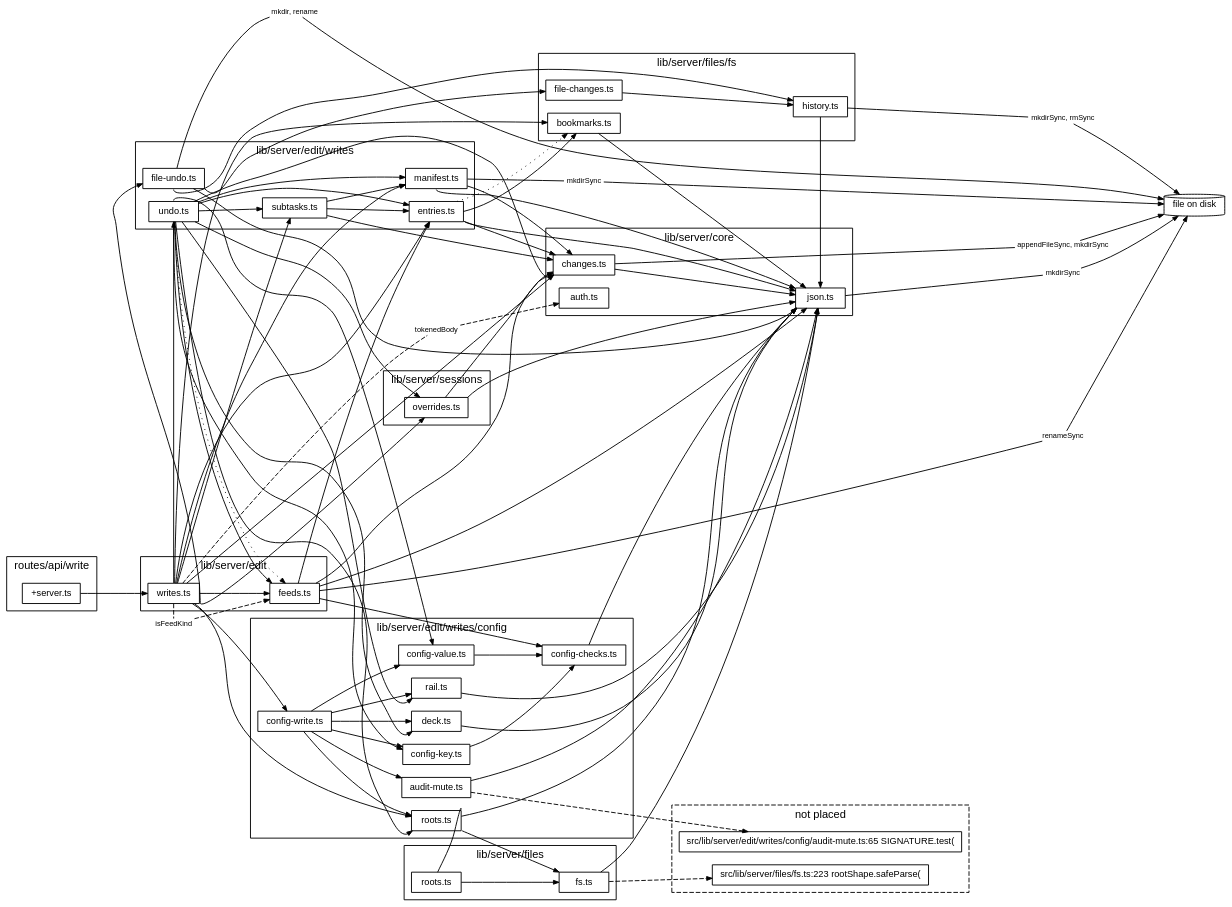
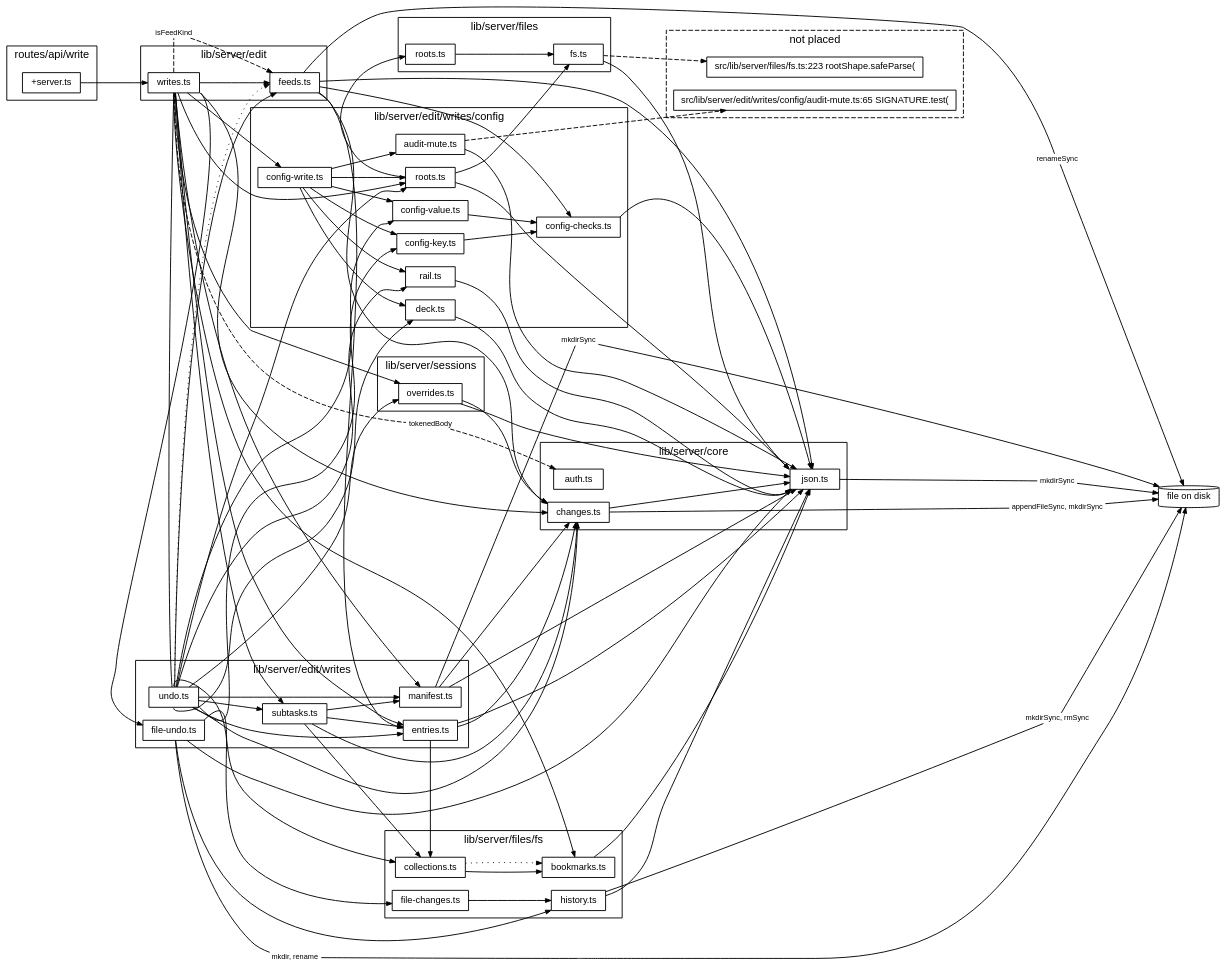
Before and after one commit to TheAxeC/oculus: the diagram in docs/diagrams/writes.dot, drawn with Graphviz. The commit also changed 112 other files, not shown here.

```diff
--- a/docs/diagrams/writes.dot
+++ b/docs/diagrams/writes.dot
@@ -40,6 +40,7 @@
     subgraph "cluster_lib/server/files/fs" {
         label="lib/server/files/fs"; style=solid;
         "lib/server/files/fs/bookmarks.ts" [label="bookmarks.ts"];
+        "lib/server/files/fs/collections.ts" [label="collections.ts"];
         "lib/server/files/fs/file-changes.ts" [label="file-changes.ts"];
         "lib/server/files/fs/history.ts" [label="history.ts"];
     }
@@ -74,7 +75,7 @@
     "lib/server/edit/writes.ts to lib/server/core/auth.ts (refuses)" [label="tokenedBody", shape=box, color="transparent", fontsize=8, width=0, height=0, margin="0.04,0.02"];
     "lib/server/edit/writes.ts" -> "lib/server/edit/writes.ts to lib/server/core/auth.ts (refuses)" [arrowhead=none, style=dashed];
     "lib/server/edit/writes.ts to lib/server/core/auth.ts (refuses)" -> "lib/server/core/auth.ts" [style=dashed];
-    "lib/server/edit/writes.ts" -> "lib/server/core/changes.ts" [headport=sw, tooltip="changeAt, defaultChangesPath, logChanges
+    "lib/server/edit/writes.ts" -> "lib/server/core/changes.ts" [tailport=se, tooltip="changeAt, defaultChangesPath, logChanges
 pathOf"];
     "lib/server/edit/writes.ts" -> "lib/server/edit/feeds.ts" [tooltip="addLead, addLinkedinIdea, addRadarEntry
 deleteFeedEntry, markLinkedinPosted, radarBucketKeys
@@ -90,12 +91,12 @@
     "lib/server/edit/writes.ts" -> "lib/server/edit/writes/manifest.ts" [tooltip="createIdea, writeManifest"];
     "lib/server/edit/writes.ts" -> "lib/server/edit/writes/subtasks.ts" [tooltip="careerRules, writeHost, writeSubtask
 writeSubtaskAdd"];
-    "lib/server/edit/writes.ts" -> "lib/server/edit/writes/undo.ts" [tooltip="undoChange"];
-    "lib/server/edit/writes.ts" -> "lib/server/files/fs/bookmarks.ts" [tooltip="defaultBookmarksPath"];
-    "lib/server/edit/writes.ts" -> "lib/server/sessions/overrides.ts" [tailport=se, tooltip="setFlag, setOverride"];
+    "lib/server/edit/writes.ts" -> "lib/server/edit/writes/undo.ts" [tailport=s, tooltip="undoChange"];
+    "lib/server/edit/writes.ts" -> "lib/server/files/fs/bookmarks.ts" [tailport=s, tooltip="defaultBookmarksPath"];
+    "lib/server/edit/writes.ts" -> "lib/server/sessions/overrides.ts" [tooltip="setFlag, setOverride"];
     "lib/server/edit/writes/config/audit-mute.ts" -> "? src/lib/server/edit/writes/config/audit-mute.ts:65" [style=dashed];
     "lib/server/edit/writes/config/audit-mute.ts" -> "lib/server/core/json.ts" [tooltip="writeTextAtomic"];
-    "lib/server/edit/writes/config/config-checks.ts" -> "lib/server/core/json.ts" [headport=sw, tooltip="writeTextAtomic"];
+    "lib/server/edit/writes/config/config-checks.ts" -> "lib/server/core/json.ts" [tailport=ne, tooltip="writeTextAtomic"];
     "lib/server/edit/writes/config/config-key.ts" -> "lib/server/edit/writes/config/config-checks.ts" [tooltip="kept, optionNow, optionOf
 refusedBy, refusing, written"];
     "lib/server/edit/writes/config/config-value.ts" -> "lib/server/edit/writes/config/config-checks.ts" [tooltip="kept, optionNow, optionOf
@@ -107,49 +108,52 @@
     "lib/server/edit/writes/config/config-write.ts" -> "lib/server/edit/writes/config/rail.ts" [tooltip="writeRail"];
     "lib/server/edit/writes/config/config-write.ts" -> "lib/server/edit/writes/config/roots.ts" [tooltip="addRootTo, removeRootFrom"];
     "lib/server/edit/writes/config/deck.ts" -> "lib/server/core/json.ts" [headport=sw, tooltip="writeTextAtomic"];
-    "lib/server/edit/writes/config/rail.ts" -> "lib/server/core/json.ts" [tooltip="writeTextAtomic"];
-    "lib/server/edit/writes/config/roots.ts" -> "lib/server/core/json.ts" [headport=sw, tooltip="writeTextAtomic"];
-    "lib/server/edit/writes/config/roots.ts" -> "lib/server/files/fs.ts" [tailport=se, tooltip="defaultWorkspacesPath, folderToAdd, rootKey"];
-    "lib/server/edit/writes/config/roots.ts" -> "lib/server/files/roots.ts" [tailport=ne, tooltip="browserRoots"];
+    "lib/server/edit/writes/config/rail.ts" -> "lib/server/core/json.ts" [headport=sw, tooltip="writeTextAtomic"];
+    "lib/server/edit/writes/config/roots.ts" -> "lib/server/core/json.ts" [headport=nw, tooltip="writeTextAtomic"];
+    "lib/server/edit/writes/config/roots.ts" -> "lib/server/files/fs.ts" [tooltip="defaultWorkspacesPath, folderToAdd, rootKey"];
+    "lib/server/edit/writes/config/roots.ts" -> "lib/server/files/roots.ts" [tooltip="browserRoots"];
     "lib/server/edit/writes/entries.ts" -> "lib/server/core/changes.ts" [tooltip="plain"];
-    "lib/server/edit/writes/entries.ts" -> "lib/server/core/json.ts" [tailport=se, tooltip="writeTextAtomic"];
-    "lib/server/edit/writes/entries.ts" -> "lib/server/files/fs/bookmarks.ts" [tooltip="ensureBookmarksFile"];
-    "lib/server/edit/writes/entries.ts" -> "lib/server/files/fs/bookmarks.ts" [tooltip="BOOKMARKS", style=dotted];
+    "lib/server/edit/writes/entries.ts" -> "lib/server/core/json.ts" [tooltip="writeTextAtomic"];
+    "lib/server/edit/writes/entries.ts" -> "lib/server/files/fs/collections.ts" [tooltip="entryId, entryOf, identityOf
+identityText, readCollection"];
     "lib/server/edit/writes/file-undo.ts to file on disk (calls)" [label="mkdir, rename", shape=box, color="transparent", fontsize=8, width=0, height=0, margin="0.04,0.02"];
     "lib/server/edit/writes/file-undo.ts" -> "lib/server/edit/writes/file-undo.ts to file on disk (calls)" [arrowhead=none];
     "lib/server/edit/writes/file-undo.ts to file on disk (calls)" -> "file on disk" [];
     "lib/server/edit/writes/file-undo.ts" -> "lib/server/core/json.ts" [headport=sw, tooltip="chained"];
-    "lib/server/edit/writes/file-undo.ts" -> "lib/server/files/fs/file-changes.ts" [tailport=se, tooltip="holds, recordOf, stampKept
+    "lib/server/edit/writes/file-undo.ts" -> "lib/server/files/fs/file-changes.ts" [tailport=ne, tooltip="holds, recordOf, stampKept
 stampOf"];
-    "lib/server/edit/writes/file-undo.ts" -> "lib/server/files/fs/history.ts" [tailport=s, tooltip="defaultHistoryDir, keepCopy, readCopy
+    "lib/server/edit/writes/file-undo.ts" -> "lib/server/files/fs/history.ts" [tooltip="defaultHistoryDir, keepCopy, readCopy
 restoreCopy"];
     "lib/server/edit/writes/manifest.ts to file on disk (calls)" [label="mkdirSync", shape=box, color="transparent", fontsize=8, width=0, height=0, margin="0.04,0.02"];
     "lib/server/edit/writes/manifest.ts" -> "lib/server/edit/writes/manifest.ts to file on disk (calls)" [arrowhead=none];
     "lib/server/edit/writes/manifest.ts to file on disk (calls)" -> "file on disk" [];
     "lib/server/edit/writes/manifest.ts" -> "lib/server/core/changes.ts" [tooltip="plain"];
-    "lib/server/edit/writes/manifest.ts" -> "lib/server/core/json.ts" [tailport=s, tooltip="writeTextAtomic"];
+    "lib/server/edit/writes/manifest.ts" -> "lib/server/core/json.ts" [tooltip="writeTextAtomic"];
     "lib/server/edit/writes/subtasks.ts" -> "lib/server/core/changes.ts" [tooltip="plain"];
-    "lib/server/edit/writes/subtasks.ts" -> "lib/server/edit/writes/entries.ts" [tooltip="identityOf, readCollection, saved"];
+    "lib/server/edit/writes/subtasks.ts" -> "lib/server/edit/writes/entries.ts" [tooltip="saved"];
     "lib/server/edit/writes/subtasks.ts" -> "lib/server/edit/writes/manifest.ts" [tooltip="insideHub"];
-    "lib/server/edit/writes/undo.ts" -> "lib/server/core/changes.ts" [headport=sw, tooltip="same"];
+    "lib/server/edit/writes/subtasks.ts" -> "lib/server/files/fs/collections.ts" [tooltip="identityOf, readCollection"];
+    "lib/server/edit/writes/undo.ts" -> "lib/server/core/changes.ts" [tooltip="same"];
     "lib/server/edit/writes/undo.ts" -> "lib/server/edit/feeds.ts" [tooltip="deleteFeedEntry, isFeedKind, readFeedFile
 removeRadarEntry, restoreFeedEntry, writeFeedField"];
     "lib/server/edit/writes/undo.ts" -> "lib/server/edit/feeds.ts" [tooltip="FEED_RULES", style=dotted];
-    "lib/server/edit/writes/undo.ts" -> "lib/server/edit/writes/config/config-key.ts" [tailport=s, tooltip="configKeyNow, writeConfigKey"];
-    "lib/server/edit/writes/undo.ts" -> "lib/server/edit/writes/config/config-value.ts" [tailport=n, tooltip="configValueNow, putBackConfigValue, writeConfigValue"];
-    "lib/server/edit/writes/undo.ts" -> "lib/server/edit/writes/config/deck.ts" [headport=sw, tooltip="deckNow, writeDeck"];
+    "lib/server/edit/writes/undo.ts" -> "lib/server/edit/writes/config/config-key.ts" [tailport=se, tooltip="configKeyNow, writeConfigKey"];
+    "lib/server/edit/writes/undo.ts" -> "lib/server/edit/writes/config/config-value.ts" [headport=sw, tooltip="configValueNow, putBackConfigValue, writeConfigValue"];
+    "lib/server/edit/writes/undo.ts" -> "lib/server/edit/writes/config/deck.ts" [tailport=s, tooltip="deckNow, writeDeck"];
     "lib/server/edit/writes/undo.ts" -> "lib/server/edit/writes/config/rail.ts" [headport=sw, tooltip="railNow, writeRail"];
     "lib/server/edit/writes/undo.ts" -> "lib/server/edit/writes/config/roots.ts" [headport=sw, tooltip="rootsNow, writeRoots"];
-    "lib/server/edit/writes/undo.ts" -> "lib/server/edit/writes/entries.ts" [tooltip="createEntry, entryOf, idOfIdentity
-identityOrder, readCollection, removeEntry
-reorderCollection, writeEntry"];
+    "lib/server/edit/writes/undo.ts" -> "lib/server/edit/writes/entries.ts" [tooltip="createEntry, idOfIdentity, identityOrder
+removeEntry, reorderCollection, writeEntry"];
     "lib/server/edit/writes/undo.ts" -> "lib/server/edit/writes/manifest.ts" [tooltip="manifestValue, writeManifest"];
     "lib/server/edit/writes/undo.ts" -> "lib/server/edit/writes/subtasks.ts" [tooltip="hostStatus, restoreSubtask, subtaskValue
 writeHost, writeSubtask, writeSubtaskAdd"];
+    "lib/server/edit/writes/undo.ts" -> "lib/server/files/fs/collections.ts" [tailport=n, tooltip="entryOf, readCollection"];
     "lib/server/edit/writes/undo.ts" -> "lib/server/sessions/overrides.ts" [tooltip="overrides, setFlag, setOverride"];
     "lib/server/files/fs.ts" -> "? src/lib/server/files/fs.ts:223" [style=dashed];
-    "lib/server/files/fs.ts" -> "lib/server/core/json.ts" [tooltip="readJson"];
+    "lib/server/files/fs.ts" -> "lib/server/core/json.ts" [headport=nw, tooltip="readJson"];
     "lib/server/files/fs/bookmarks.ts" -> "lib/server/core/json.ts" [tooltip="writeTextAtomic"];
+    "lib/server/files/fs/collections.ts" -> "lib/server/files/fs/bookmarks.ts" [tooltip="ensureBookmarksFile"];
+    "lib/server/files/fs/collections.ts" -> "lib/server/files/fs/bookmarks.ts" [tooltip="BOOKMARKS", style=dotted];
     "lib/server/files/fs/file-changes.ts" -> "lib/server/files/fs/history.ts" [tooltip="keepCopy"];
     "lib/server/files/fs/history.ts to file on disk (calls)" [label="mkdirSync, rmSync", shape=box, color="transparent", fontsize=8, width=0, height=0, margin="0.04,0.02"];
     "lib/server/files/fs/history.ts" -> "lib/server/files/fs/history.ts to file on disk (calls)" [arrowhead=none];
@@ -157,6 +161,6 @@
     "lib/server/files/fs/history.ts" -> "lib/server/core/json.ts" [tooltip="writeBytesAtomic, writeTextAtomic"];
     "lib/server/files/roots.ts" -> "lib/server/files/fs.ts" [tooltip="defaultWorkspacesPath, readSaved"];
     "lib/server/sessions/overrides.ts" -> "lib/server/core/changes.ts" [tooltip="plain"];
-    "lib/server/sessions/overrides.ts" -> "lib/server/core/json.ts" [tailport=ne, tooltip="readJson, readJsonChecked, writeJsonAtomic"];
+    "lib/server/sessions/overrides.ts" -> "lib/server/core/json.ts" [tooltip="readJson, readJsonChecked, writeJsonAtomic"];
     "routes/api/write/+server.ts" -> "lib/server/edit/writes.ts" [tooltip="handleWrite, target"];
 }
```
